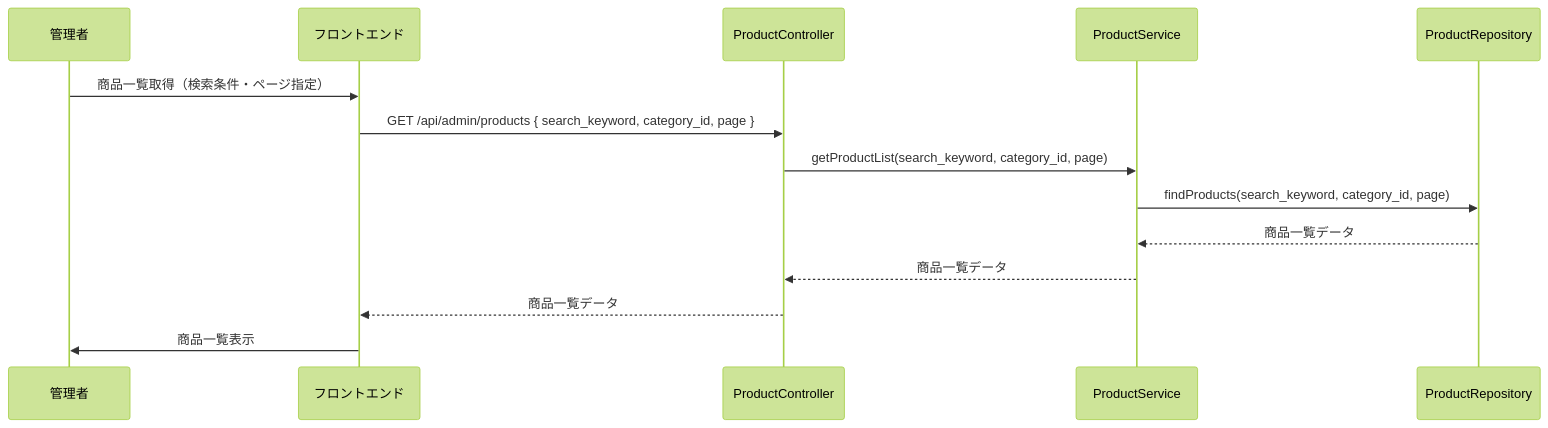
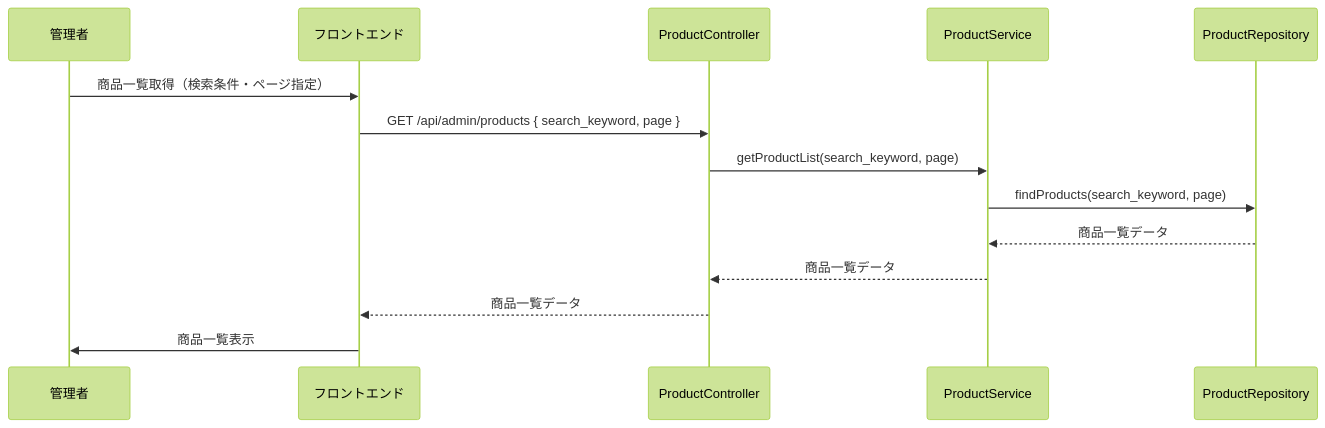
One commit to Aoi-Yaegashi/teamF changed diagram 23 of 37 in 詳細設計/担当B_村田/3.2 機能詳細.md. Above: the diagram before and after it, drawn with Mermaid (forest theme). The commit also changed other lines of this file and 1 other file, not shown here.

```diff
--- a/詳細設計/担当B_村田/3.2 機能詳細.md
+++ b/詳細設計/担当B_村田/3.2 機能詳細.md
@@ -925,30 +911,30 @@
 <div class="mermaid">
 sequenceDiagram
     participant Admin as 管理者
     participant FE as フロントエンド
     participant ProdC as ProductController
     participant ProdS as ProductService
     participant ProdRepo as ProductRepository
 
     %% 1. 管理者が商品一覧画面を表示
     Admin->>FE: 商品一覧取得（検索条件・ページ指定）
 
     %% 2. フロントエンドがAPI呼び出し
-    FE->>ProdC: GET /api/admin/products { search_keyword, category_id, page }
+    FE->>ProdC: GET /api/admin/products { search_keyword, page }
 
     %% 3. コントローラがサービスに処理を依頼
-    ProdC->>ProdS: getProductList(search_keyword, category_id, page)
+    ProdC->>ProdS: getProductList(search_keyword, page)
 
     %% 4. サービスがリポジトリに商品一覧を取得
-    ProdS->>ProdRepo: findProducts(search_keyword, category_id, page)
+    ProdS->>ProdRepo: findProducts(search_keyword, page)
     ProdRepo-->>ProdS: 商品一覧データ
 
     %% 5. サービスがコントローラに返却
     ProdS-->>ProdC: 商品一覧データ
 
     %% 6. コントローラがフロントエンドに返却
     ProdC-->>FE: 商品一覧データ
 
     %% 7. フロントエンドが画面に一覧を表示
     FE->>Admin: 商品一覧表示
 </div>
```
